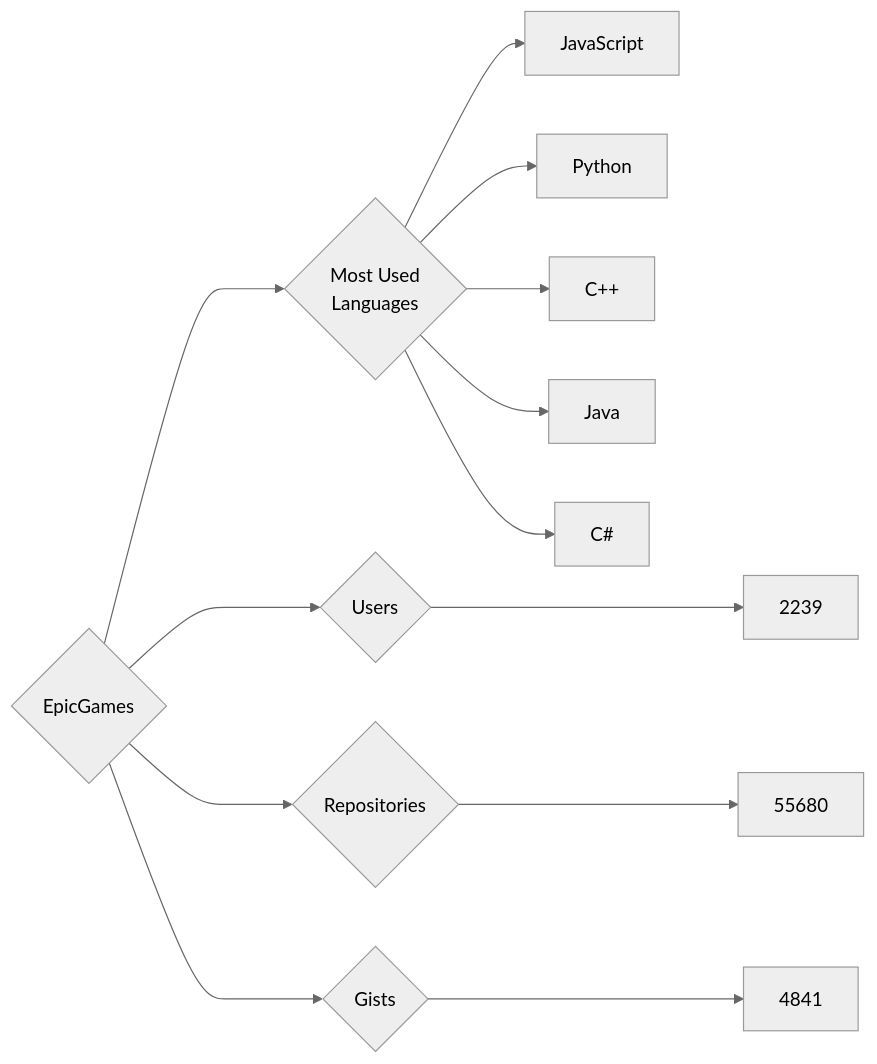
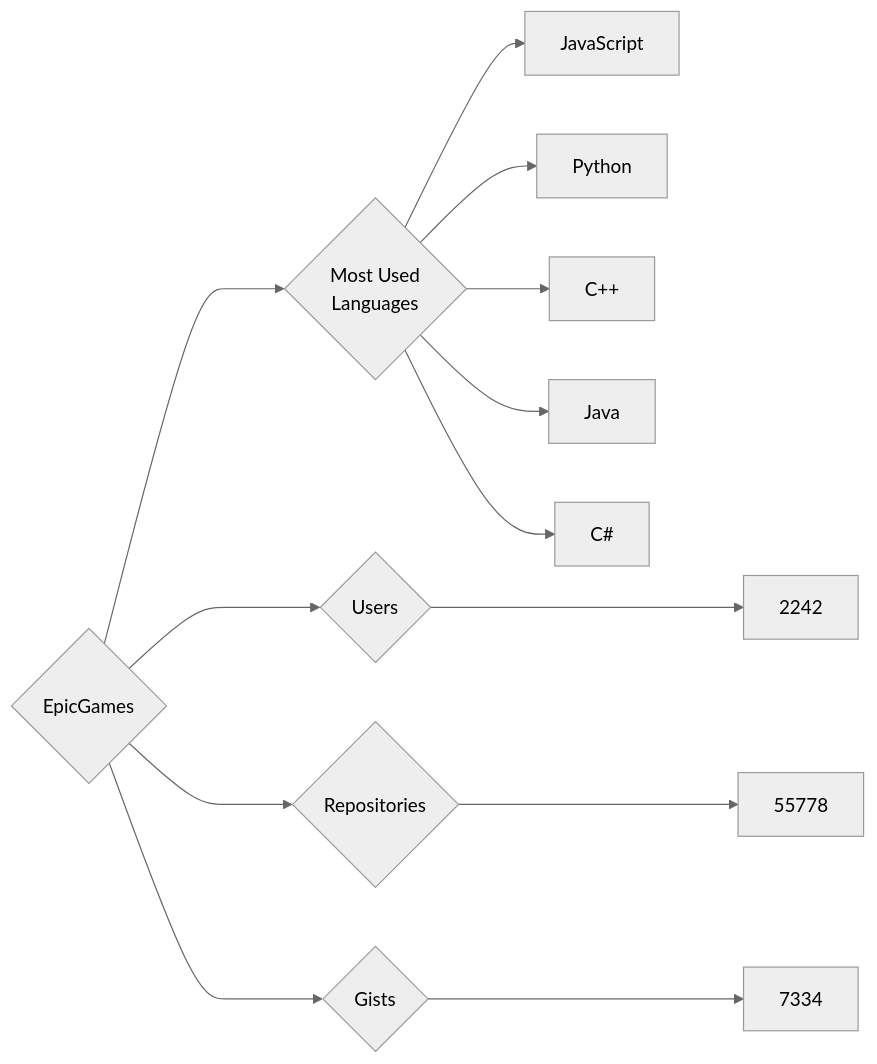
The diagram in targets/EpicGames/README.md (trickest/insiders), drawn with Mermaid (neutral theme) before and after one commit. The commit also changed 964 other files, not shown here.

````diff
--- a/targets/EpicGames/README.md
+++ b/targets/EpicGames/README.md
@@ -3,13 +3,13 @@
 ```mermaid
 graph LR
 COMPANY_NAME{EpicGames}
-COMPANY_NAME ---> U{Users} ---> UN[2239]
-COMPANY_NAME ---> R{Repositories} ---> RN[55680]
-COMPANY_NAME ---> G{Gists} ---> GN[4841]
+COMPANY_NAME ---> U{Users} ---> UN[2242]
+COMPANY_NAME ---> R{Repositories} ---> RN[55778]
+COMPANY_NAME ---> G{Gists} ---> GN[7334]
 COMPANY_NAME ---> ML{Most Used<br>Languages}
 ML --> JavaScript[JavaScript]
 ML --> Python[Python]
 ML --> C++[C++]
 ML --> Java[Java]
 ML --> C#[C#]
 ```
````
